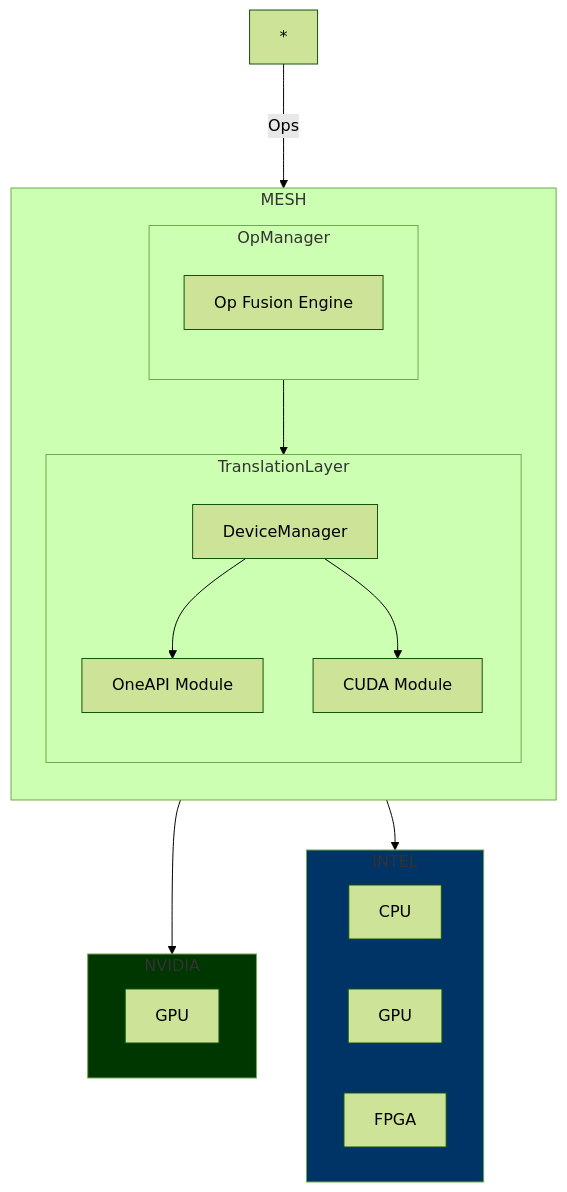
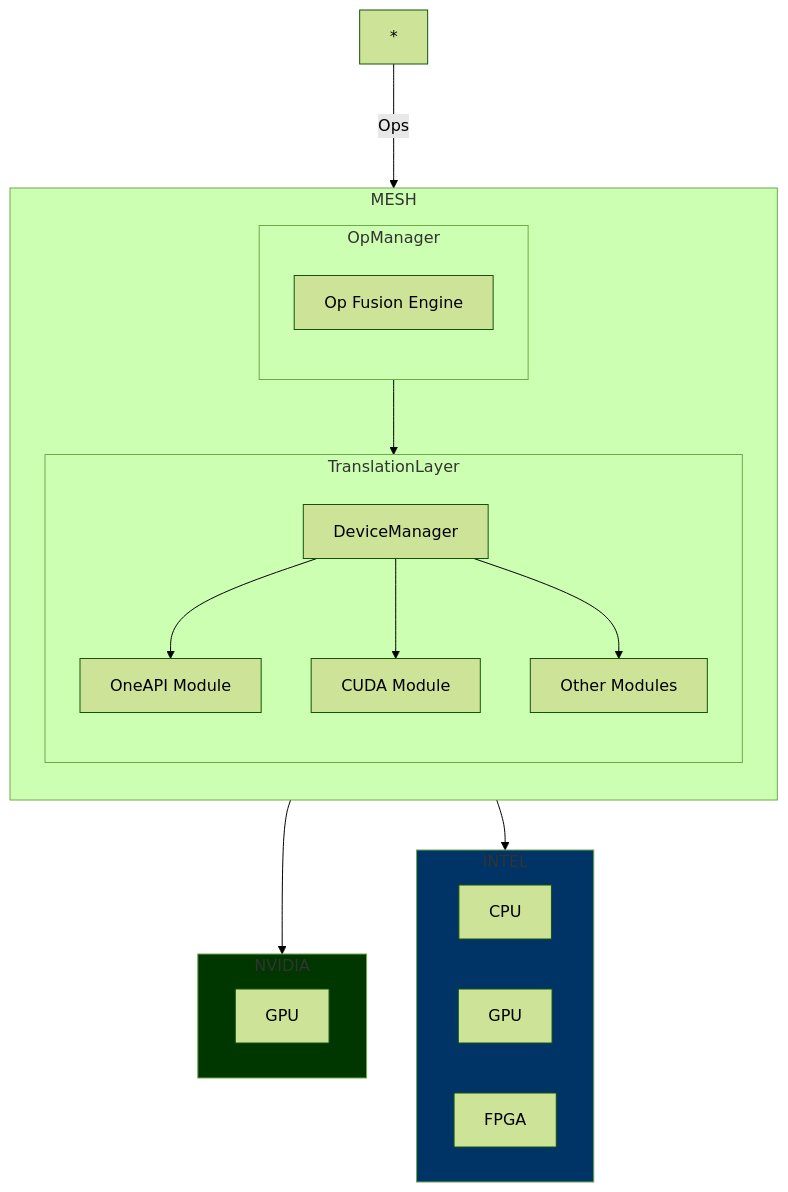
The first of 2 diagrams in README.md (GroupLabs/mesh), drawn with Mermaid (forest theme) before and after one commit. The commit also changed other lines of this file and 2 other files, not shown here.

````diff
--- a/README.md
+++ b/README.md
@@ -3,38 +31,39 @@
 ```mermaid
 
 flowchart TB
   subgraph MESH
     direction TB
     
     subgraph OpManager
         direction TB
         OFE[Op Fusion Engine]
     end
     
     subgraph TranslationLayer
         direction TB
         
         DeviceManager --> INTEL_Module[OneAPI Module]
         DeviceManager --> CUDA_Module[CUDA Module]
+        DeviceManager --> Other_Module[Other Modules]
     end
   end
   
   subgraph NVIDIA
    NVIDIA_GPU[GPU]
   end
   
   subgraph INTEL
    INTEL_CPU[CPU]
    INTEL_GPU[GPU]
    INTEL_FPGA[FPGA]
   end
   
   * -- Ops ---> OpManager
   OpManager --> TranslationLayer
 
   CUDA_Module --> NVIDIA:::Green
   INTEL_Module --> INTEL:::Blue
   
   classDef Blue fill:#003366
   classDef Green fill:#003600
 ```
````
